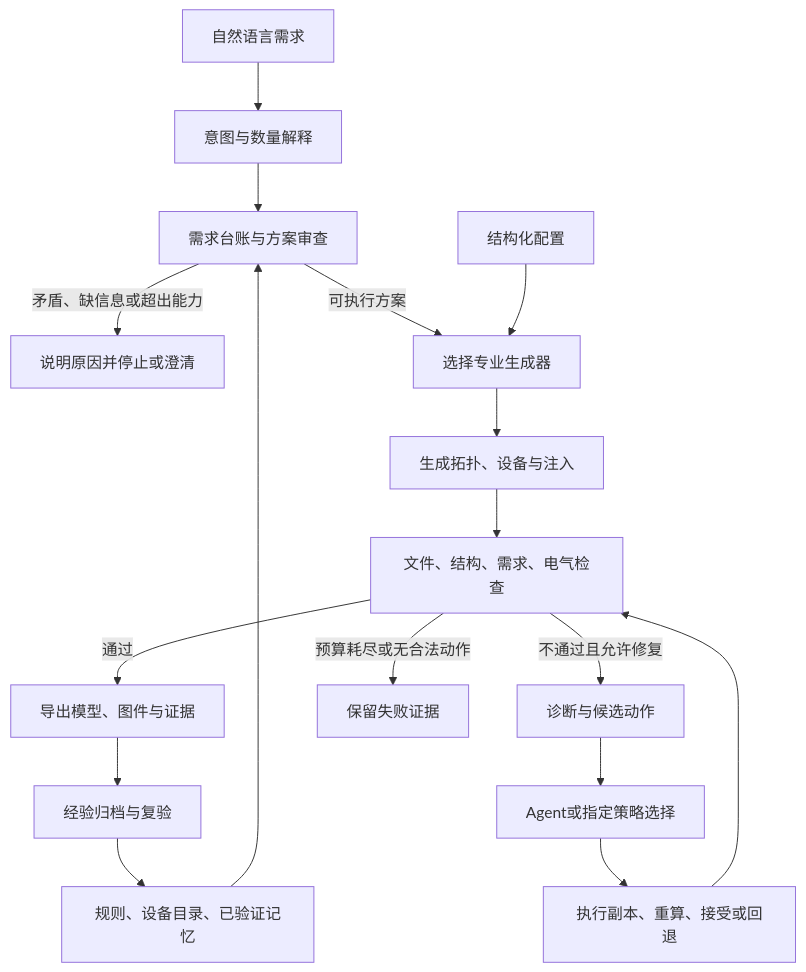
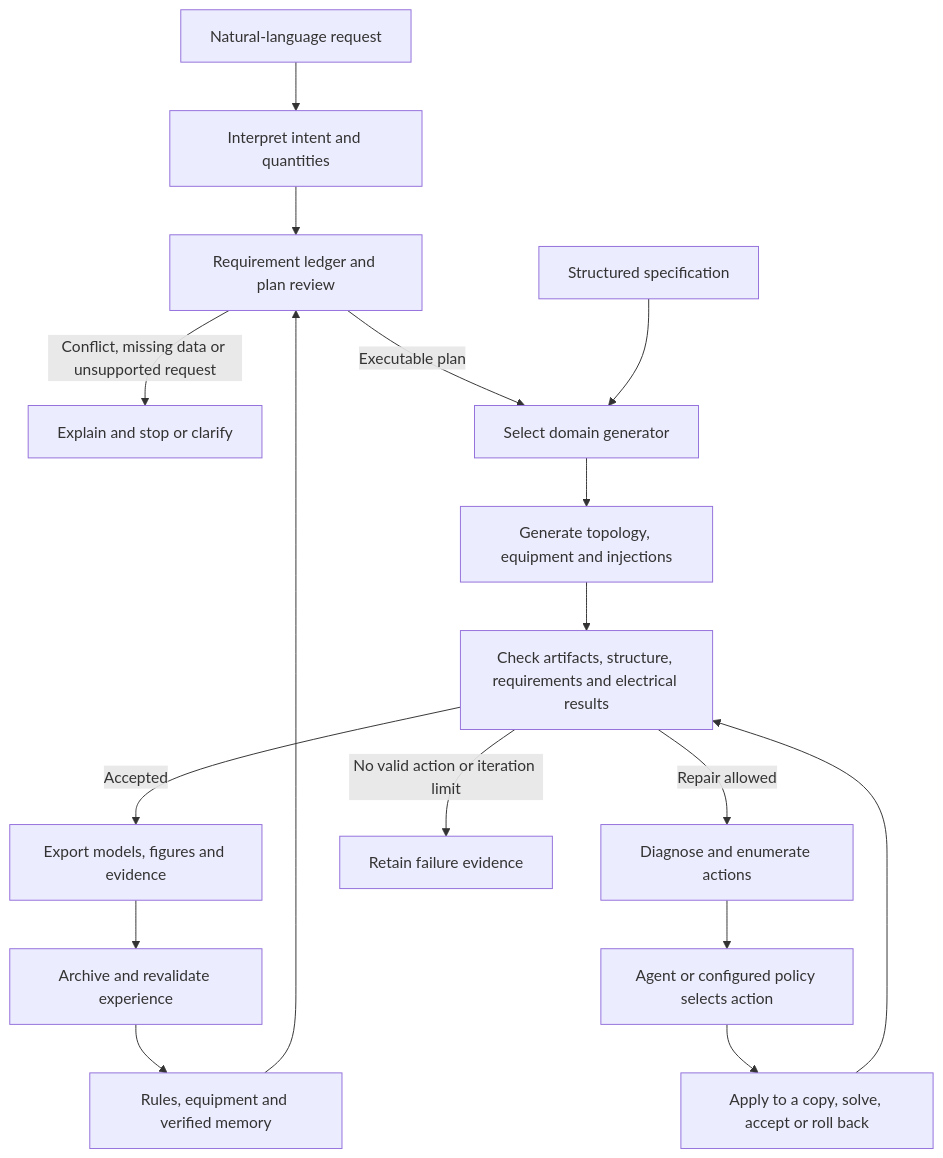
Before and after one commit to ZachariahZhou/GridGen-Agents: the diagram in docs/architecture.md, drawn with Mermaid. The commit also changed other lines of this file and 29 other files, not shown here.

````diff
--- a/docs/architecture.md
+++ b/docs/architecture.md
@@ -5,19 +5,19 @@
 ```mermaid
 flowchart TD
-    A[自然语言需求] --> B[意图与数量解释]
-    B --> C[需求台账与方案审查]
-    D[规则、设备目录、已验证记忆] --> C
-    C -->|矛盾、缺信息或超出能力| Q[说明原因并停止或澄清]
-    C -->|可执行方案| E[选择专业生成器]
-    S[结构化配置] --> E
-    E --> F[生成拓扑、设备与注入]
-    F --> G[文件、结构、需求、电气检查]
-    G -->|通过| H[导出模型、图件与证据]
-    G -->|不通过且允许修复| I[诊断与候选动作]
-    I --> J[Agent或指定策略选择]
-    J --> K[执行副本、重算、接受或回退]
+    A[Natural-language request] --> B[Interpret intent and quantities]
+    B --> C[Requirement ledger and plan review]
+    D[Rules, equipment and verified memory] --> C
+    C -->|Conflict, missing data or unsupported request| Q[Explain and stop or clarify]
+    C -->|Executable plan| E[Select domain generator]
+    S[Structured specification] --> E
+    E --> F[Generate topology, equipment and injections]
+    F --> G[Check artifacts, structure, requirements and electrical results]
+    G -->|Accepted| H[Export models, figures and evidence]
+    G -->|Repair allowed| I[Diagnose and enumerate actions]
+    I --> J[Agent or configured policy selects action]
+    J --> K[Apply to a copy, solve, accept or roll back]
     K --> G
-    G -->|预算耗尽或无合法动作| L[保留失败证据]
-    H --> M[经验归档与复验]
+    G -->|No valid action or iteration limit| L[Retain failure evidence]
+    H --> M[Archive and revalidate experience]
     M --> D
 ```
````
